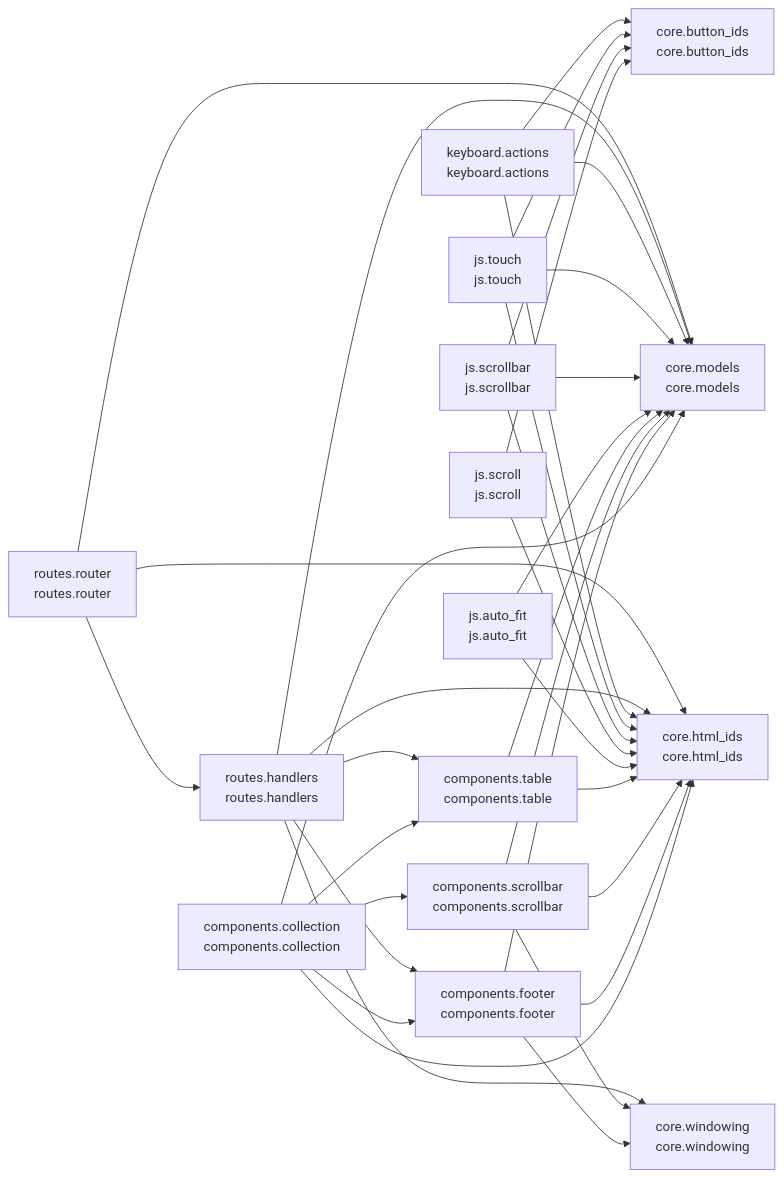
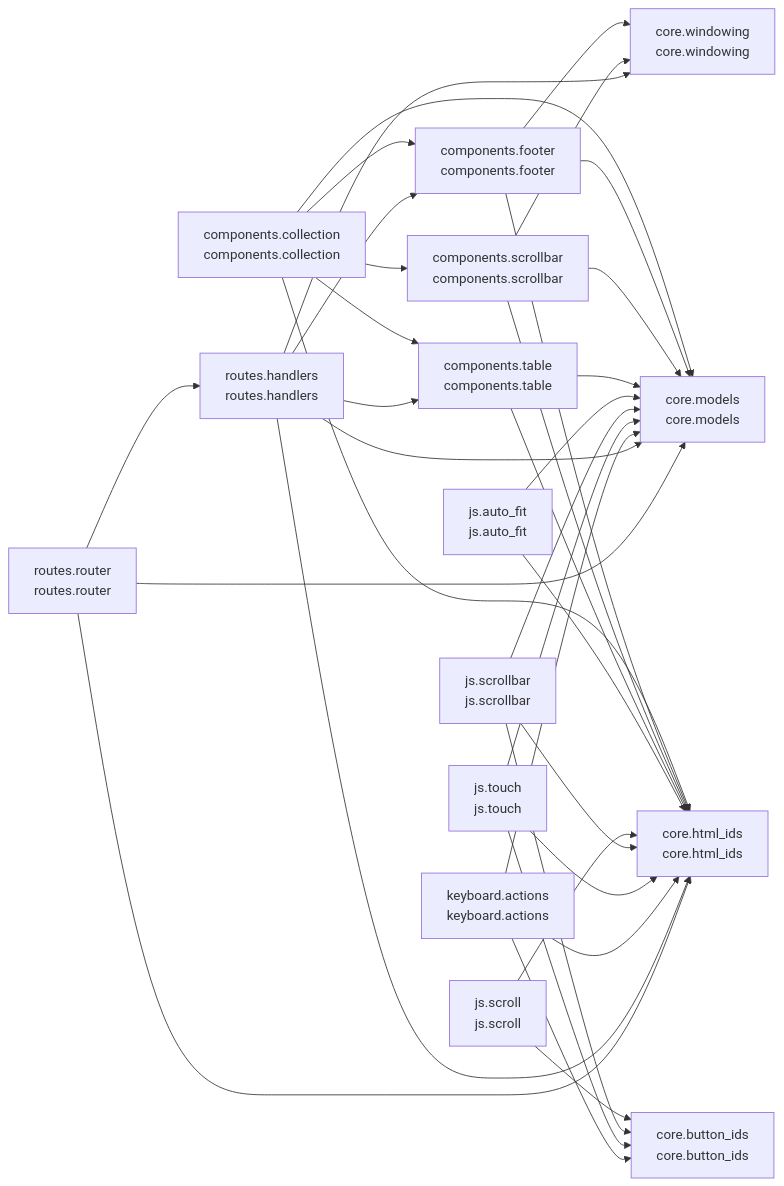
Before and after one commit to cj-mills/cjm-fasthtml-virtual-collection: the diagram in README.md, drawn with Mermaid. The commit also changed other lines of this file and 3 other files, not shown here.

````diff
--- a/README.md
+++ b/README.md
@@ -40,53 +40,53 @@
 ``` mermaid
 graph LR
     components_collection[components.collection<br/>components.collection]
     components_footer[components.footer<br/>components.footer]
     components_scrollbar[components.scrollbar<br/>components.scrollbar]
     components_table[components.table<br/>components.table]
     core_button_ids[core.button_ids<br/>core.button_ids]
     core_html_ids[core.html_ids<br/>core.html_ids]
     core_models[core.models<br/>core.models]
     core_windowing[core.windowing<br/>core.windowing]
     js_auto_fit[js.auto_fit<br/>js.auto_fit]
     js_scroll[js.scroll<br/>js.scroll]
     js_scrollbar[js.scrollbar<br/>js.scrollbar]
     js_touch[js.touch<br/>js.touch]
     keyboard_actions[keyboard.actions<br/>keyboard.actions]
     routes_handlers[routes.handlers<br/>routes.handlers]
     routes_router[routes.router<br/>routes.router]
 
     components_collection --> components_table
     components_collection --> core_models
     components_collection --> core_html_ids
+    components_collection --> components_scrollbar
     components_collection --> components_footer
-    components_collection --> components_scrollbar
+    components_footer --> core_html_ids
+    components_footer --> core_windowing
     components_footer --> core_models
-    components_footer --> core_windowing
-    components_footer --> core_html_ids
+    components_scrollbar --> core_models
     components_scrollbar --> core_windowing
-    components_scrollbar --> core_models
     components_scrollbar --> core_html_ids
     components_table --> core_models
     components_table --> core_html_ids
     js_auto_fit --> core_models
     js_auto_fit --> core_html_ids
     js_scroll --> core_button_ids
     js_scroll --> core_html_ids
     js_scrollbar --> core_button_ids
     js_scrollbar --> core_models
     js_scrollbar --> core_html_ids
     js_touch --> core_button_ids
     js_touch --> core_models
     js_touch --> core_html_ids
     keyboard_actions --> core_button_ids
     keyboard_actions --> core_models
     keyboard_actions --> core_html_ids
+    routes_handlers --> core_windowing
     routes_handlers --> core_models
+    routes_handlers --> components_table
     routes_handlers --> core_html_ids
-    routes_handlers --> core_windowing
     routes_handlers --> components_footer
-    routes_handlers --> components_table
     routes_router --> routes_handlers
     routes_router --> core_models
     routes_router --> core_html_ids
 ```
````
